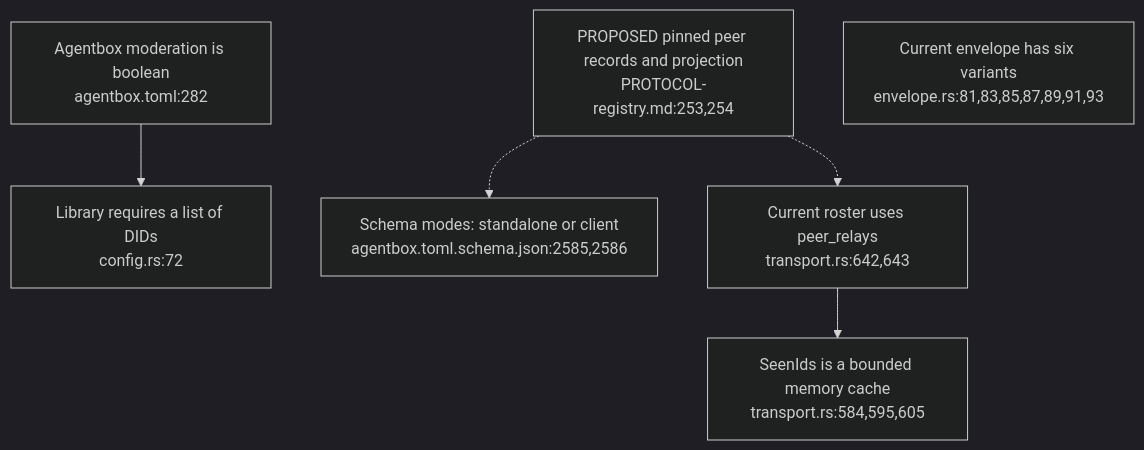
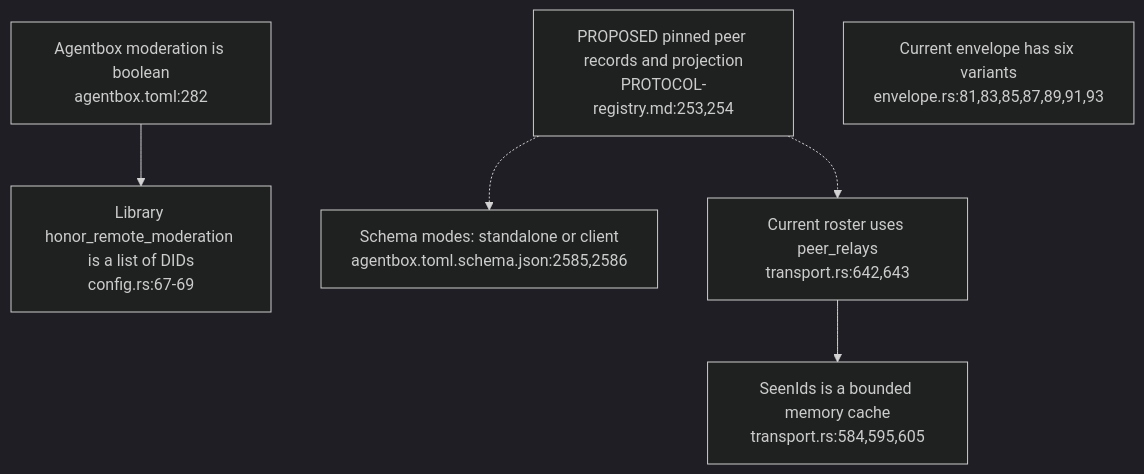
The first of 4 diagrams in docs/diagrams/agentbox/37-mesh-signer-and-recovery.md (DreamLab-AI/VisionFlow), drawn with Mermaid (dark theme) before and after one commit. The commit also changed other lines of this file and 173 other files, not shown here.

````diff
--- a/docs/diagrams/agentbox/37-mesh-signer-and-recovery.md
+++ b/docs/diagrams/agentbox/37-mesh-signer-and-recovery.md
@@ -34,9 +34,9 @@
 ```mermaid
 flowchart TD
-    MAN["Agentbox moderation is boolean<br/>agentbox.toml:282"] --> FAIL["Library requires a list of DIDs<br/>config.rs:72"]
+    MAN["Agentbox moderation is boolean<br/>agentbox.toml:282"] --> FAIL["Library honor_remote_moderation is a list of DIDs<br/>config.rs:67-69"]
     SCHEMA["Schema modes: standalone or client<br/>agentbox.toml.schema.json:2585,2586"]
     PEERS["PROPOSED pinned peer records and projection<br/>PROTOCOL-registry.md:253,254"] -.-> SCHEMA
     PEERS -.-> LIB["Current roster uses peer_relays<br/>transport.rs:642,643"]
     LIB --> CACHE["SeenIds is a bounded memory cache<br/>transport.rs:584,595,605"]
     TYPES["Current envelope has six variants<br/>envelope.rs:81,83,85,87,89,91,93"]
 ```
````
